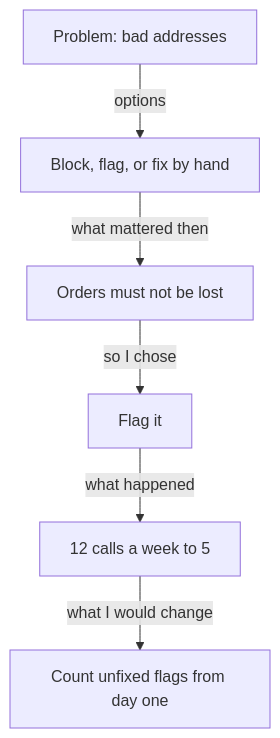
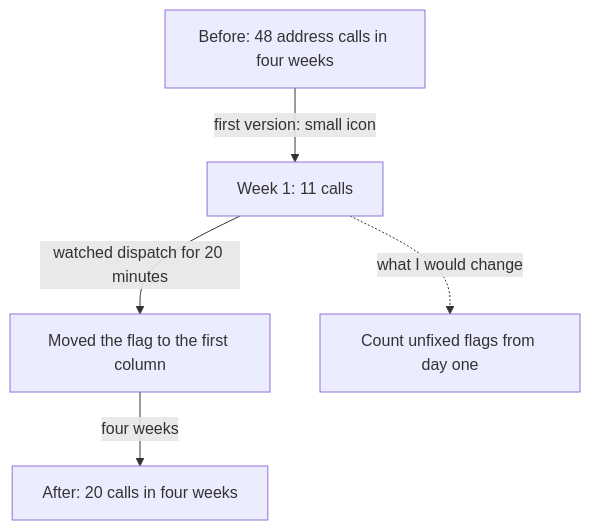
Before and after one commit to devweekends/Buildment: the diagram in courses/founder-interviews/01-stories-you-owned/01.04-decisions-and-what-you-would-change.md, drawn with Mermaid. The commit also changed other lines of this file and 12 other files, not shown here.

````diff
--- a/courses/founder-interviews/01-stories-you-owned/01.04-decisions-and-what-you-would-change.md
+++ b/courses/founder-interviews/01-stories-you-owned/01.04-decisions-and-what-you-would-change.md
@@ -71,8 +71,7 @@
 ```mermaid
 flowchart TD
-  A["Problem: bad addresses"] -->|"options"| B["Block, flag, or fix by hand"]
-  B -->|"what mattered then"| C["Orders must not be lost"]
-  C -->|"so I chose"| D["Flag it"]
-  D -->|"what happened"| E["12 calls a week to 5"]
-  E -->|"what I would change"| F["Count unfixed flags from day one"]
+  A["Before: 48 address calls in four weeks"] -->|"first version: small icon"| B["Week 1: 11 calls"]
+  B -->|"watched dispatch for 20 minutes"| C["Moved the flag to the first column"]
+  C -->|"four weeks"| D["After: 20 calls in four weeks"]
+  B -.->|"what I would change"| E["Count unfixed flags from day one"]
 ```
````
